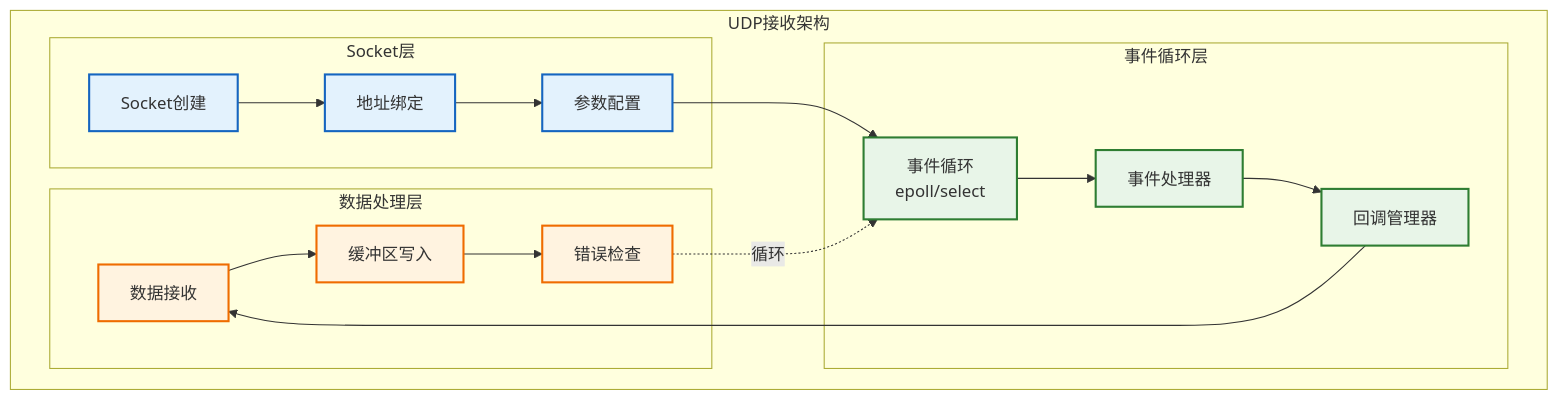
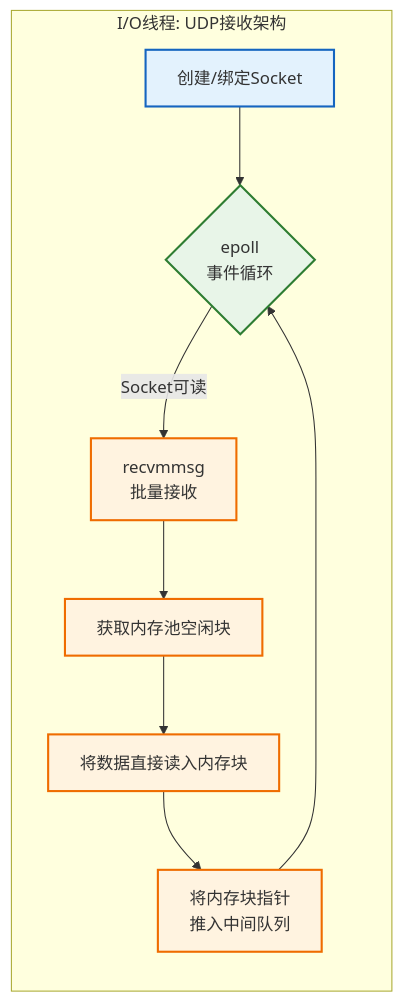
One commit to wendizhou99-cell/Radar changed the fifth of 10 diagrams in docs/01_项目设计/02_模块设计/01_数据接收模块设计.md. Above: the diagram before and after it, drawn with Mermaid. The commit also changed other lines of this file and 7 other files, not shown here.

````diff
--- a/docs/01_项目设计/02_模块设计/01_数据接收模块设计.md
+++ b/docs/01_项目设计/02_模块设计/01_数据接收模块设计.md
@@ -247,45 +265,19 @@
 ```mermaid
 flowchart LR
-    subgraph "UDP接收架构"
-        direction LR
-
-        subgraph "Socket层"
-            SOCKET_CREATE[Socket创建]
-            SOCKET_BIND[地址绑定]
-            SOCKET_CONFIG[参数配置]
-        end
-
-        subgraph "事件循环层"
-            EVENT_LOOP[事件循环<br/>epoll/select]
-            EVENT_HANDLER[事件处理器]
-            CALLBACK_MGR[回调管理器]
-        end
-
-        subgraph "数据处理层"
-            DATA_RECV[数据接收]
-            BUFFER_WRITE[缓冲区写入]
-            ERROR_CHECK[错误检查]
-        end
-
-        %% 流程连接
-        SOCKET_CREATE --> SOCKET_BIND
-        SOCKET_BIND --> SOCKET_CONFIG
-        SOCKET_CONFIG --> EVENT_LOOP
-
-        EVENT_LOOP --> EVENT_HANDLER
-        EVENT_HANDLER --> CALLBACK_MGR
-        CALLBACK_MGR --> DATA_RECV
-
-        DATA_RECV --> BUFFER_WRITE
-        BUFFER_WRITE --> ERROR_CHECK
-        ERROR_CHECK -.->|循环| EVENT_LOOP
+    subgraph "I/O线程: UDP接收架构"
+        A[创建/绑定Socket] --> B{epoll<br>事件循环}
+        B -- "Socket可读" --> C[recvmmsg<br>批量接收]
+        C --> D[获取内存池空闲块]
+        D --> E[将数据直接读入内存块]
+        E --> F[将内存块指针<br>推入中间队列]
+        F --> B
     end
 
-    classDef socket fill:#e3f2fd,stroke:#1565c0,stroke-width:2px
-    classDef event fill:#e8f5e8,stroke:#2e7d32,stroke-width:2px
-    classDef data fill:#fff3e0,stroke:#ef6c00,stroke-width:2px
+    classDef ioInit fill:#e3f2fd,stroke:#1565c0,stroke-width:2px
+    classDef ioLoop fill:#e8f5e8,stroke:#2e7d32,stroke-width:2px
+    classDef ioProcess fill:#fff3e0,stroke:#ef6c00,stroke-width:2px
 
-    class SOCKET_CREATE,SOCKET_BIND,SOCKET_CONFIG socket
-    class EVENT_LOOP,EVENT_HANDLER,CALLBACK_MGR event
-    class DATA_RECV,BUFFER_WRITE,ERROR_CHECK data
+    class A ioInit
+    class B ioLoop
+    class C,D,E,F ioProcess
 ```
````
